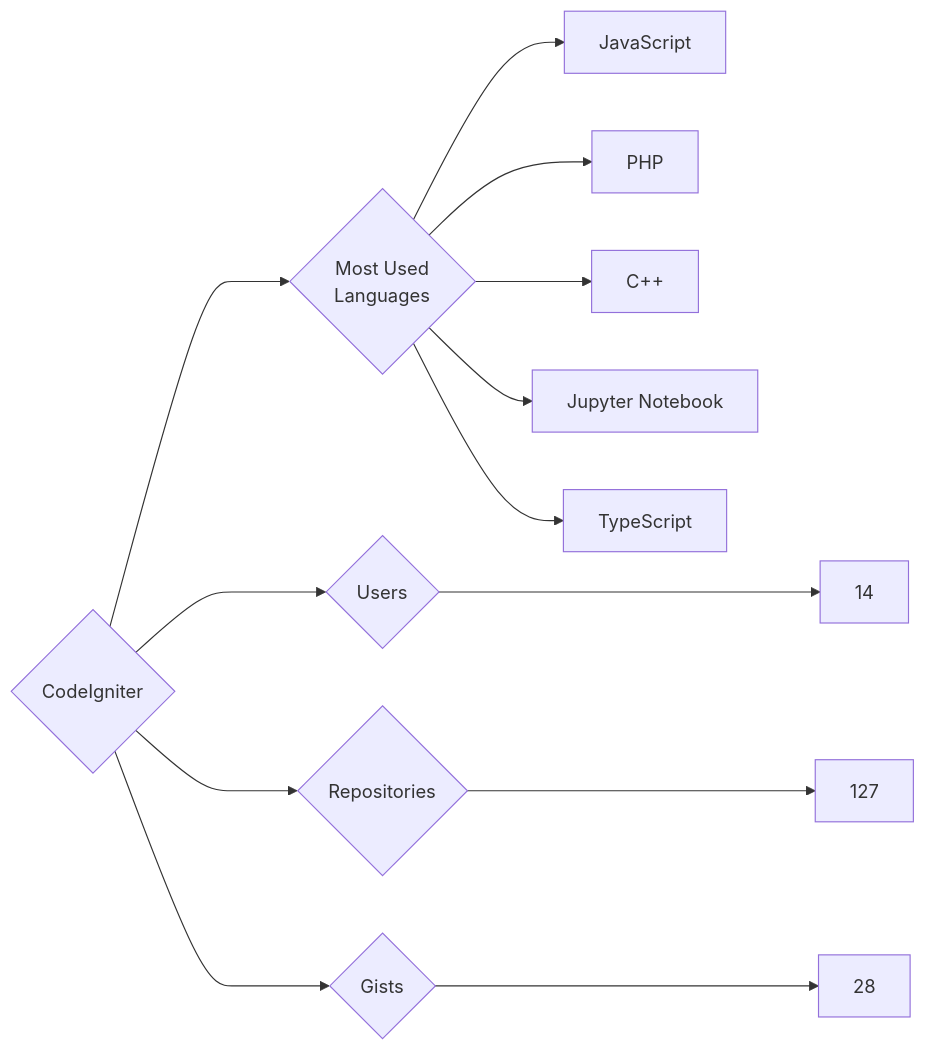
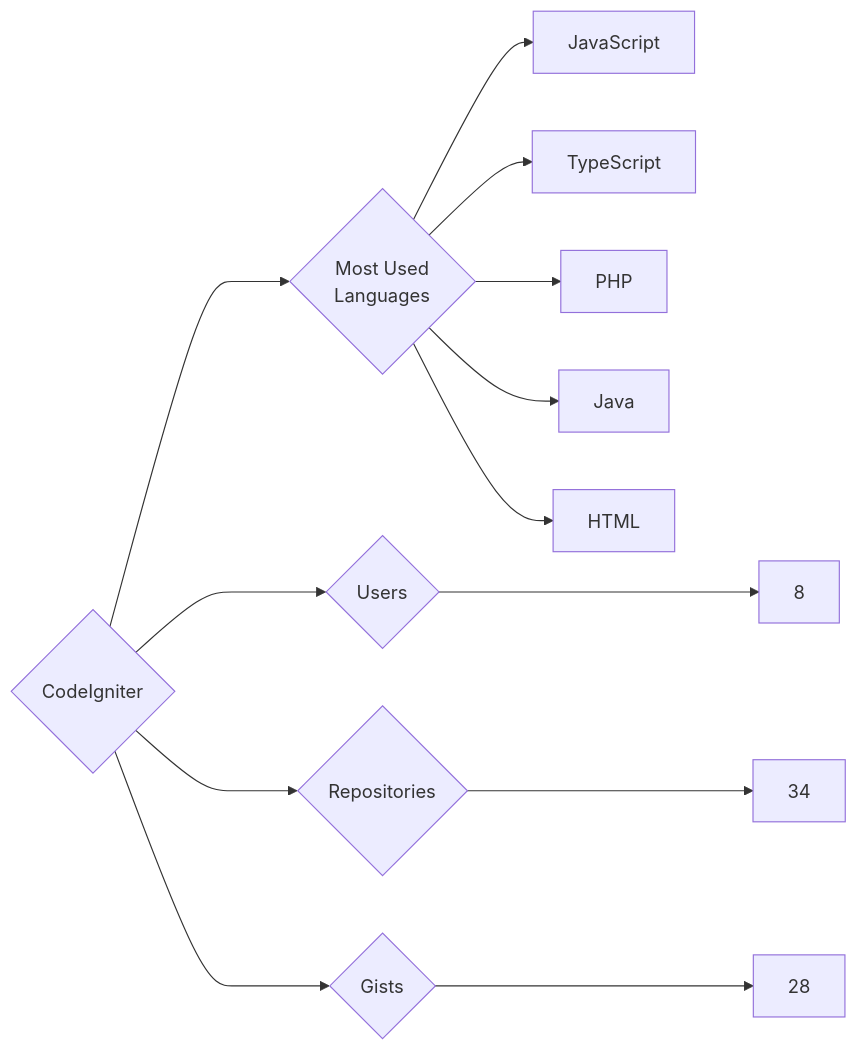
One commit to trickest/insiders changed the diagram in targets/CodeIgniter/README.md. Above: the diagram before and after it, drawn with Mermaid. The commit also changed 934 other files, not shown here.

````diff
--- a/targets/CodeIgniter/README.md
+++ b/targets/CodeIgniter/README.md
@@ -3,13 +3,13 @@
 ```mermaid
 graph LR
 COMPANY_NAME{CodeIgniter}
-COMPANY_NAME ---> U{Users} ---> UN[14]
-COMPANY_NAME ---> R{Repositories} ---> RN[127]
+COMPANY_NAME ---> U{Users} ---> UN[8]
+COMPANY_NAME ---> R{Repositories} ---> RN[34]
 COMPANY_NAME ---> G{Gists} ---> GN[28]
 COMPANY_NAME ---> ML{Most Used<br>Languages}
 ML --> JavaScript[JavaScript]
+ML --> TypeScript[TypeScript]
 ML --> PHP[PHP]
-ML --> C++[C++]
-ML --> Jupyter_Notebook[Jupyter Notebook]
-ML --> TypeScript[TypeScript]
+ML --> Java[Java]
+ML --> HTML[HTML]
 ```
````
